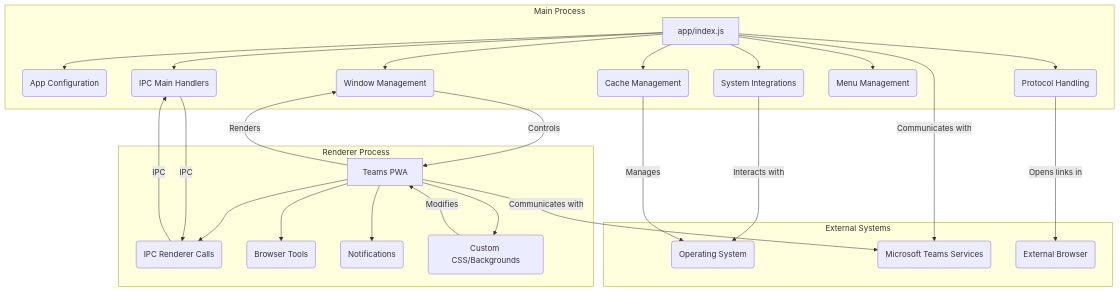
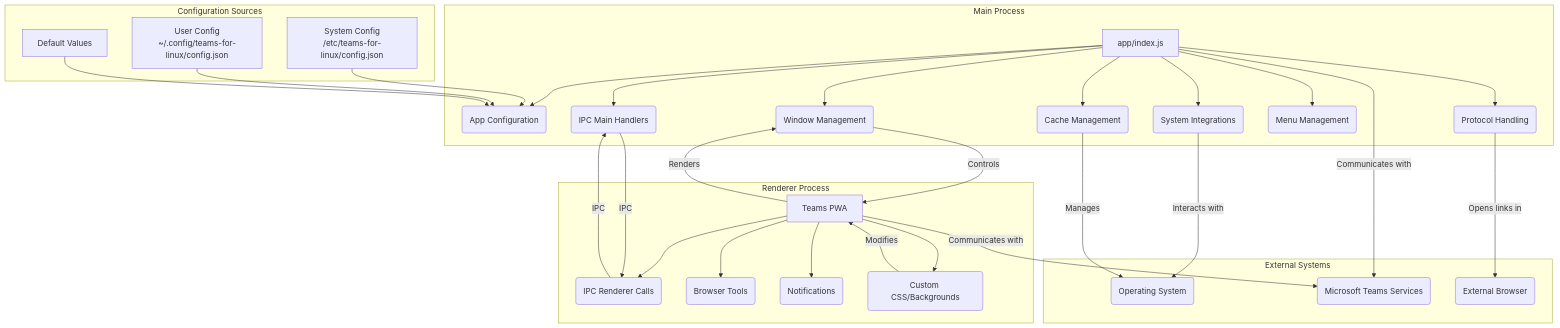
The diagram in docs/architecture/overview.md (IsmaelMartinez/teams-for-linux), drawn with Mermaid before and after one commit. The commit also changed 2 other files, not shown here.

Commit message:
docs: Update documentation with system-wide config and GNOME fix info
- Add comprehensive system-wide configuration section to configuration.md
- Include configuration precedence explanation and examples
- Add GNOME dark mode fix entry to knowledge-base.md with solutions
- Update architecture diagram to show configuration sources flow
- Reference GitHub issues #1773 (system-wide config) and #1755 (GNOME fix)

🤖 Generated with [Claude Code](https://claude.ai/code)

````diff
--- a/docs/architecture/overview.md
+++ b/docs/architecture/overview.md
@@ -1,40 +1,50 @@
 ```mermaid
 graph TD
     subgraph Main Process
         A[app/index.js] --> B(App Configuration)
         A --> C(IPC Main Handlers)
         A --> D(Window Management)
         A --> E(System Integrations)
         A --> F(Cache Management)
         A --> G(Menu Management)
         A --> H(Protocol Handling)
+    end
+
+    subgraph Configuration Sources
+        Q[System Config<br>/etc/teams-for-linux/config.json]
+        R[User Config<br>~/.config/teams-for-linux/config.json]
+        S[Default Values]
     end
 
     subgraph Renderer Process
         I[Teams PWA] --> J(IPC Renderer Calls)
         I --> K(Browser Tools)
         I --> L(Notifications)
         I --> M(Custom CSS/Backgrounds)
     end
 
     subgraph External Systems
         N(Operating System)
         O(Microsoft Teams Services)
         P(External Browser)
     end
+
+    Q --> B
+    R --> B
+    S --> B
 
     C -- IPC --> J
     J -- IPC --> C
 
     D -- Controls --> I
     I -- Renders --> D
 
     E -- Interacts with --> N
     H -- Opens links in --> P
 
     I -- Communicates with --> O
     A -- Communicates with --> O
 
     F -- Manages --> N
     M -- Modifies --> I
 ```
````
